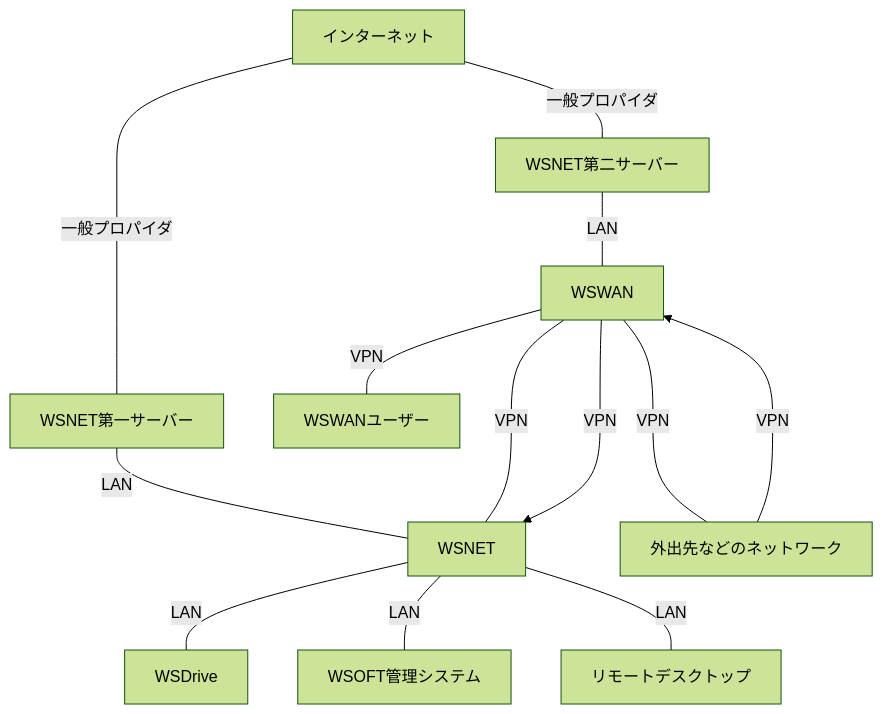
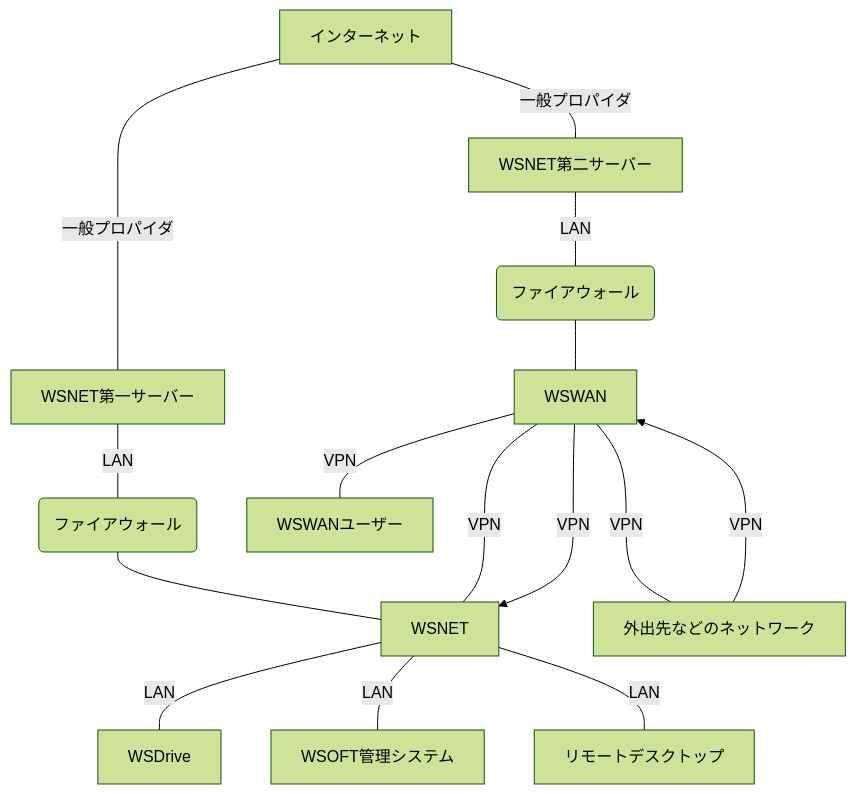
One commit to WSOFT-Project/docs changed the diagram in docs/products/wsnet/about.md. Above: the diagram before and after it, drawn with Mermaid (forest theme). The commit also changed other lines of this file and 13 other files, not shown here.

````diff
--- a/docs/products/wsnet/about.md
+++ b/docs/products/wsnet/about.md
@@ -12,14 +12,16 @@
 ```mermaid
 graph TD
 インターネット--"一般プロパイダ"---WSNET第二サーバー
 インターネット--"一般プロパイダ"---WSNET第一サーバー
-WSNET第一サーバー--"LAN"---WSNET
-WSNET第二サーバー--"LAN"---WSWAN
+WSNET第一サーバー--"LAN"---NETFW(ファイアウォール)
+WSNET第二サーバー--"LAN"---WANFW(ファイアウォール)
+WANFW(ファイアウォール)---WSWAN
+NETFW(ファイアウォール)---WSNET
 WSWAN--"VPN"---WSNET
 WSWAN--"VPN"---WSWANユーザー
 WSWAN--"VPN"---外出先などのネットワーク
 外出先などのネットワーク--"VPN"--->WSWAN--"VPN"--->WSNET
 WSNET-- "LAN"---WSDrive
 WSNET-- "LAN"---WSOFT管理システム
 WSNET-- "LAN"---リモートデスクトップ
 ```
````
